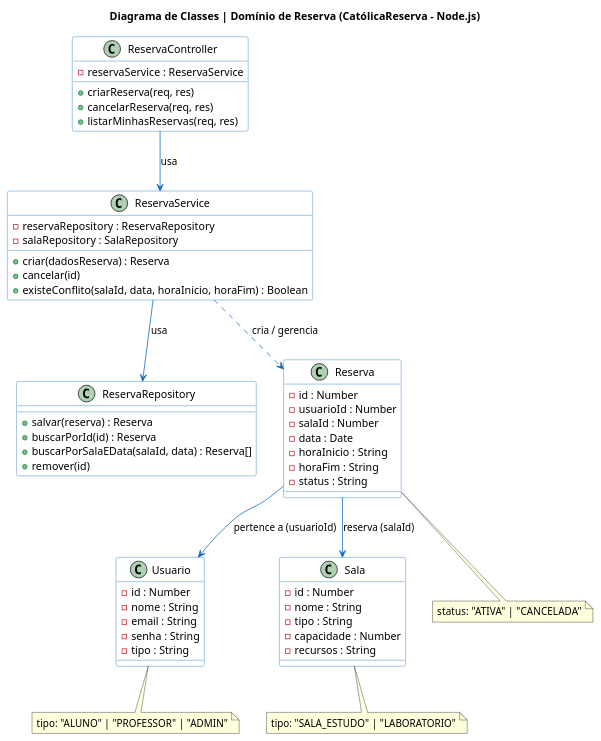
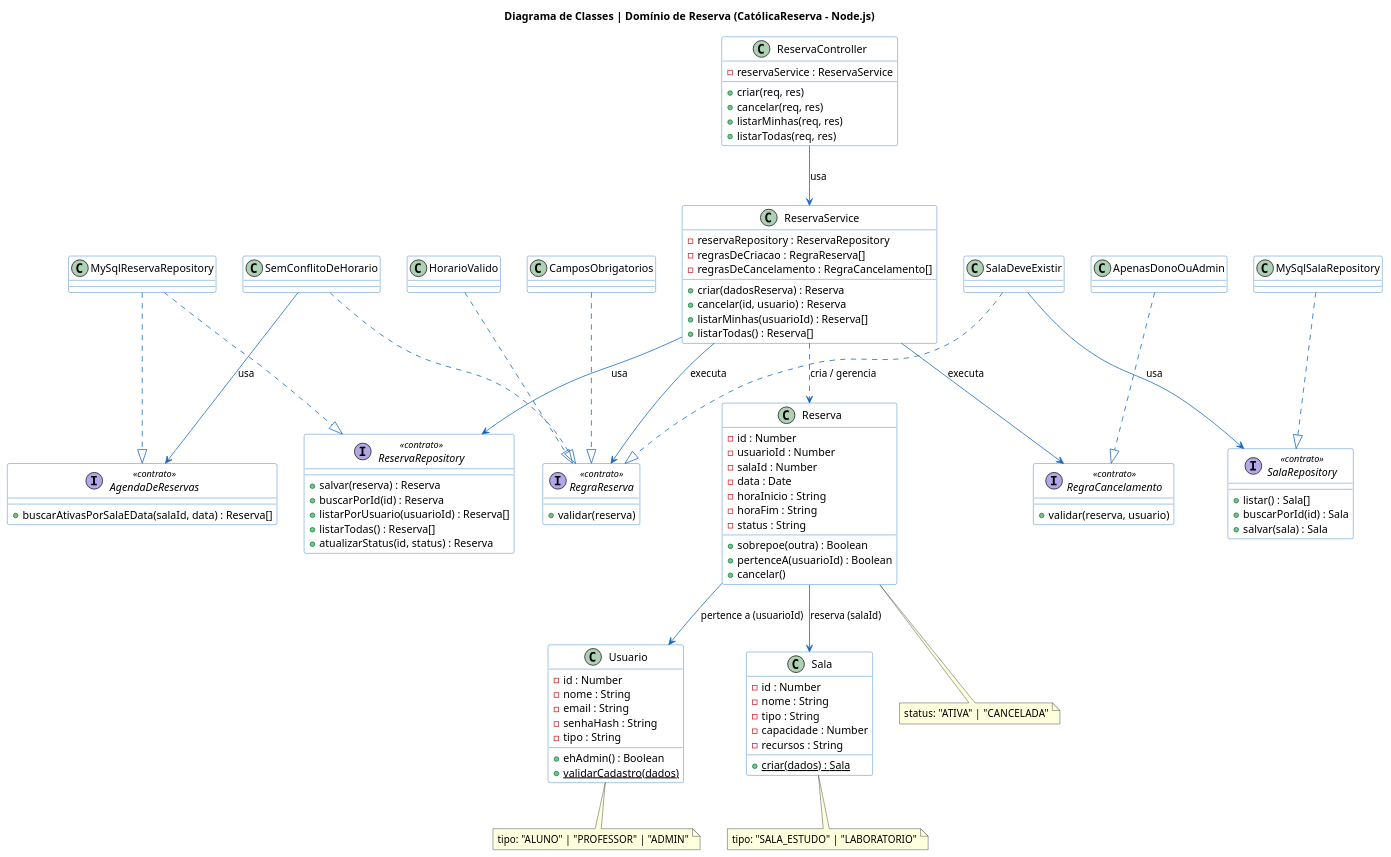
One commit to heric-77/CatolicaReserva changed the diagram in documentacao/diagramas/diagrama_classes.puml. Above: the diagram before and after it, drawn with PlantUML. The commit also changed 65 other files, not shown here.

```diff
--- a/documentacao/diagramas/diagrama_classes.puml
+++ b/documentacao/diagramas/diagrama_classes.puml
@@ -1,76 +1,129 @@
 @startuml Diagrama_Classes
 skinparam handwritten false
 skinparam class {
     BackgroundColor #FFFFFF
     ArrowColor #1168BD
     BorderColor #1168BD
 }
 title Diagrama de Classes | Domínio de Reserva (CatólicaReserva - Node.js)
 
 class ReservaController {
     - reservaService : ReservaService
-    + criarReserva(req, res)
-    + cancelarReserva(req, res)
-    + listarMinhasReservas(req, res)
+    + criar(req, res)
+    + cancelar(req, res)
+    + listarMinhas(req, res)
+    + listarTodas(req, res)
 }
 
 class ReservaService {
     - reservaRepository : ReservaRepository
-    - salaRepository : SalaRepository
+    - regrasDeCriacao : RegraReserva[]
+    - regrasDeCancelamento : RegraCancelamento[]
     + criar(dadosReserva) : Reserva
-    + cancelar(id)
-    + existeConflito(salaId, data, horaInicio, horaFim) : Boolean
+    + cancelar(id, usuario) : Reserva
+    + listarMinhas(usuarioId) : Reserva[]
+    + listarTodas() : Reserva[]
 }
 
-class ReservaRepository {
+interface ReservaRepository <<contrato>> {
     + salvar(reserva) : Reserva
     + buscarPorId(id) : Reserva
-    + buscarPorSalaEData(salaId, data) : Reserva[]
-    + remover(id)
+    + listarPorUsuario(usuarioId) : Reserva[]
+    + listarTodas() : Reserva[]
+    + atualizarStatus(id, status) : Reserva
 }
+
+interface AgendaDeReservas <<contrato>> {
+    + buscarAtivasPorSalaEData(salaId, data) : Reserva[]
+}
+
+interface SalaRepository <<contrato>> {
+    + listar() : Sala[]
+    + buscarPorId(id) : Sala
+    + salvar(sala) : Sala
+}
+
+interface RegraReserva <<contrato>> {
+    + validar(reserva)
+}
+
+interface RegraCancelamento <<contrato>> {
+    + validar(reserva, usuario)
+}
+
+class CamposObrigatorios
+class HorarioValido
+class SalaDeveExistir
+class SemConflitoDeHorario
+class ApenasDonoOuAdmin
+
+class MySqlReservaRepository
+class MySqlSalaRepository
 
 class Reserva {
     - id : Number
     - usuarioId : Number
     - salaId : Number
     - data : Date
     - horaInicio : String
     - horaFim : String
     - status : String
+    + sobrepoe(outra) : Boolean
+    + pertenceA(usuarioId) : Boolean
+    + cancelar()
 }
 
 class Usuario {
     - id : Number
     - nome : String
     - email : String
-    - senha : String
+    - senhaHash : String
     - tipo : String
+    + ehAdmin() : Boolean
+    + {static} validarCadastro(dados)
 }
 
 class Sala {
     - id : Number
     - nome : String
     - tipo : String
     - capacidade : Number
     - recursos : String
+    + {static} criar(dados) : Sala
 }
 
 note bottom of Usuario
   tipo: "ALUNO" | "PROFESSOR" | "ADMIN"
 end note
 
 note bottom of Sala
   tipo: "SALA_ESTUDO" | "LABORATORIO"
 end note
 
 note bottom of Reserva
   status: "ATIVA" | "CANCELADA"
 end note
 
 ReservaController --> ReservaService : "usa"
 ReservaService --> ReservaRepository : "usa"
+ReservaService --> RegraReserva : "executa"
+ReservaService --> RegraCancelamento : "executa"
 ReservaService ..> Reserva : "cria / gerencia"
+
+CamposObrigatorios ..|> RegraReserva
+HorarioValido ..|> RegraReserva
+SalaDeveExistir ..|> RegraReserva
+SemConflitoDeHorario ..|> RegraReserva
+ApenasDonoOuAdmin ..|> RegraCancelamento
+
+SalaDeveExistir --> SalaRepository : "usa"
+SemConflitoDeHorario --> AgendaDeReservas : "usa"
+
+MySqlReservaRepository ..|> ReservaRepository
+MySqlReservaRepository ..|> AgendaDeReservas
+MySqlSalaRepository ..|> SalaRepository
+
 Reserva --> Usuario : "pertence a (usuarioId)"
 Reserva --> Sala : "reserva (salaId)"
 
 @enduml
```
